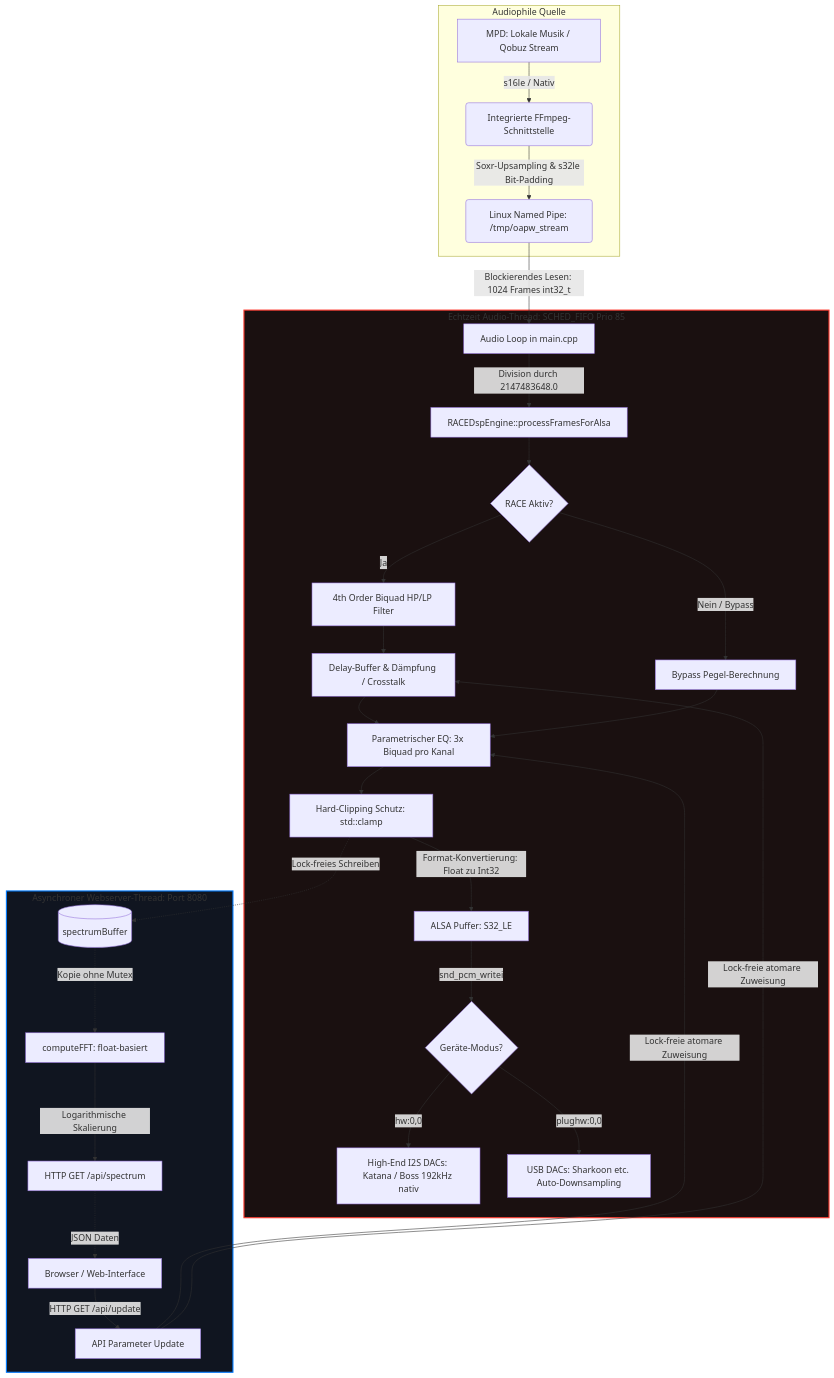
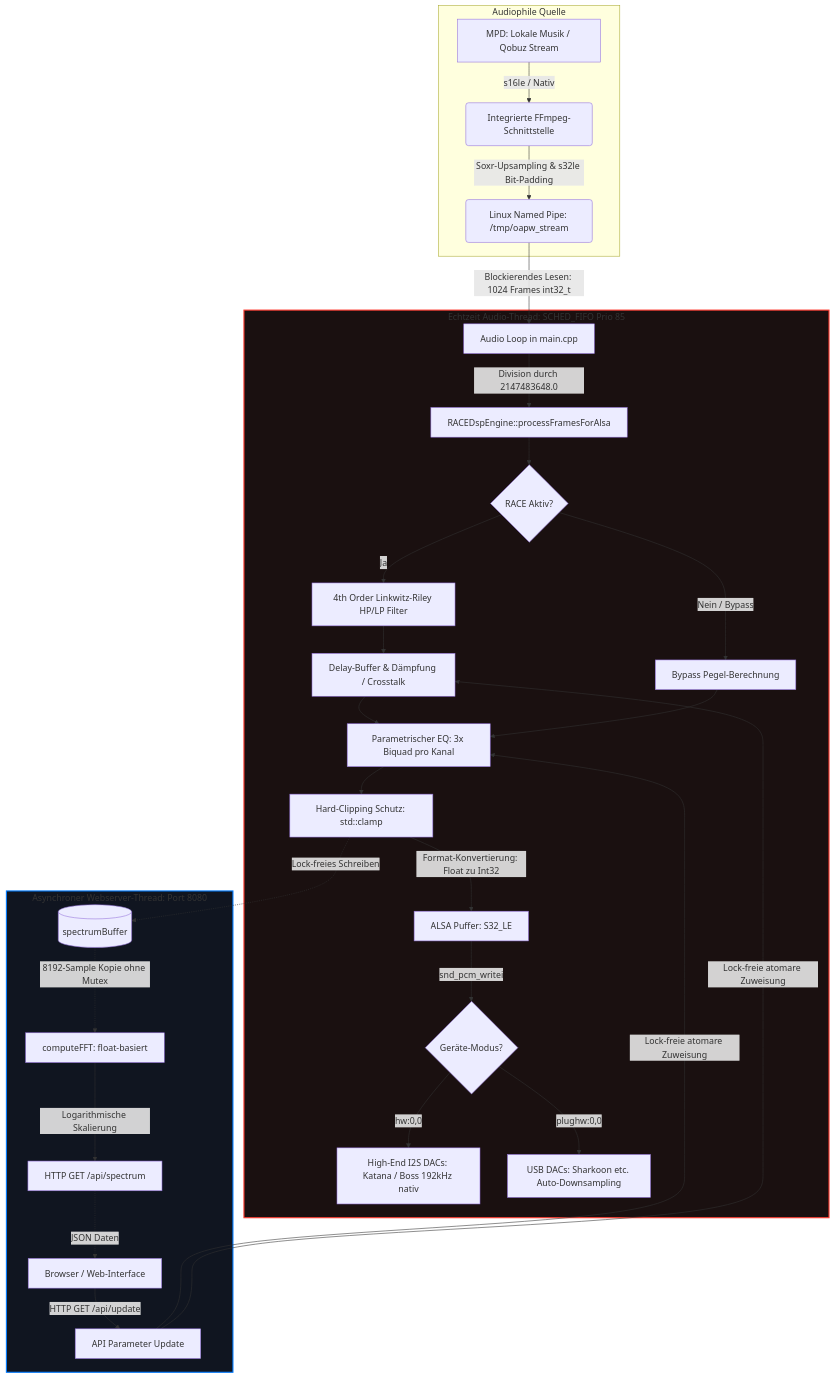
One commit to druthibautgmail/OAPW_HiFi changed the diagram in README.md. Above: the diagram before and after it, drawn with Mermaid. The commit also changed other lines of this file and 7 other files, not shown here.

Commit message:
Update: Dynamische Linkwitz-Riley-Filter (192kHz), Float-Optimierung und 8192-Sample Analyzer

````diff
--- a/README.md
+++ b/README.md
@@ -24,48 +24,48 @@
 ```mermaid
 graph TD
     %% Datenquellen & Input
     subgraph Stream_Quelle [Audiophile Quelle]
         A[MPD: Lokale Musik / Qobuz Stream] -->|s16le / Nativ| B(Integrierte FFmpeg-Schnittstelle)
         B -->|Soxr-Upsampling & s32le Bit-Padding| C(Linux Named Pipe: /tmp/oapw_stream)
     end
 
     %% Echtzeit-Audio-Verarbeitung
     subgraph Echtzeit_Audio_Thread [Echtzeit Audio-Thread: SCHED_FIFO Prio 85]
         C -->|Blockierendes Lesen: 1024 Frames int32_t| D[Audio Loop in main.cpp]
         D -->|Division durch 2147483648.0| E[RACEDspEngine::processFramesForAlsa]
         
         %% DSP Details
         E --> F{RACE Aktiv?}
-        F -->|Ja| G[4th Order Biquad HP/LP Filter]
+        F -->|Ja| G[4th Order Linkwitz-Riley HP/LP Filter]
         G --> H[Delay-Buffer & Dämpfung / Crosstalk]
         F -->|Nein / Bypass| I[Bypass Pegel-Berechnung]
         
         H --> J[Parametrischer EQ: 3x Biquad pro Kanal]
         I --> J
         J --> K[Hard-Clipping Schutz: std::clamp]
         
         %% Output & Hardware
         K -->|Format-Konvertierung: Float zu Int32| L[ALSA Puffer: S32_LE]
         L -->|snd_pcm_writei| M{Geräte-Modus?}
         
         %% DAC Varianten
         M -->|hw:0,0| N[High-End I2S DACs: Katana / Boss 192kHz nativ]
         M -->|plughw:0,0| O[USB DACs: Sharkoon etc. Auto-Downsampling]
     end
 
     %% Web-Interface & Steuerung
     subgraph Asynchroner_GUI_Thread [Asynchroner Webserver-Thread: Port 8080]
         P[Browser / Web-Interface] -->|HTTP GET /api/update| Q[API Parameter Update]
         Q -->|Lock-freie atomare Zuweisung| J
         Q -->|Lock-freie atomare Zuweisung| H
         
         K -.->|Lock-freies Schreiben| R[(spectrumBuffer)]
-        R -.->|Kopie ohne Mutex| S[computeFFT: float-basiert]
+        R -.->|8192-Sample Kopie ohne Mutex| S[computeFFT: float-basiert]
         S -->|Logarithmische Skalierung| T[HTTP GET /api/spectrum]
         T -.->|JSON Daten| P
     end
 
     %% Styling
     style Echtzeit_Audio_Thread fill:#1a1010,stroke:#ff3b30,stroke-width:2px;
     style Asynchroner_GUI_Thread fill:#101520,stroke:#007aff,stroke-width:2px;
 ```
````
